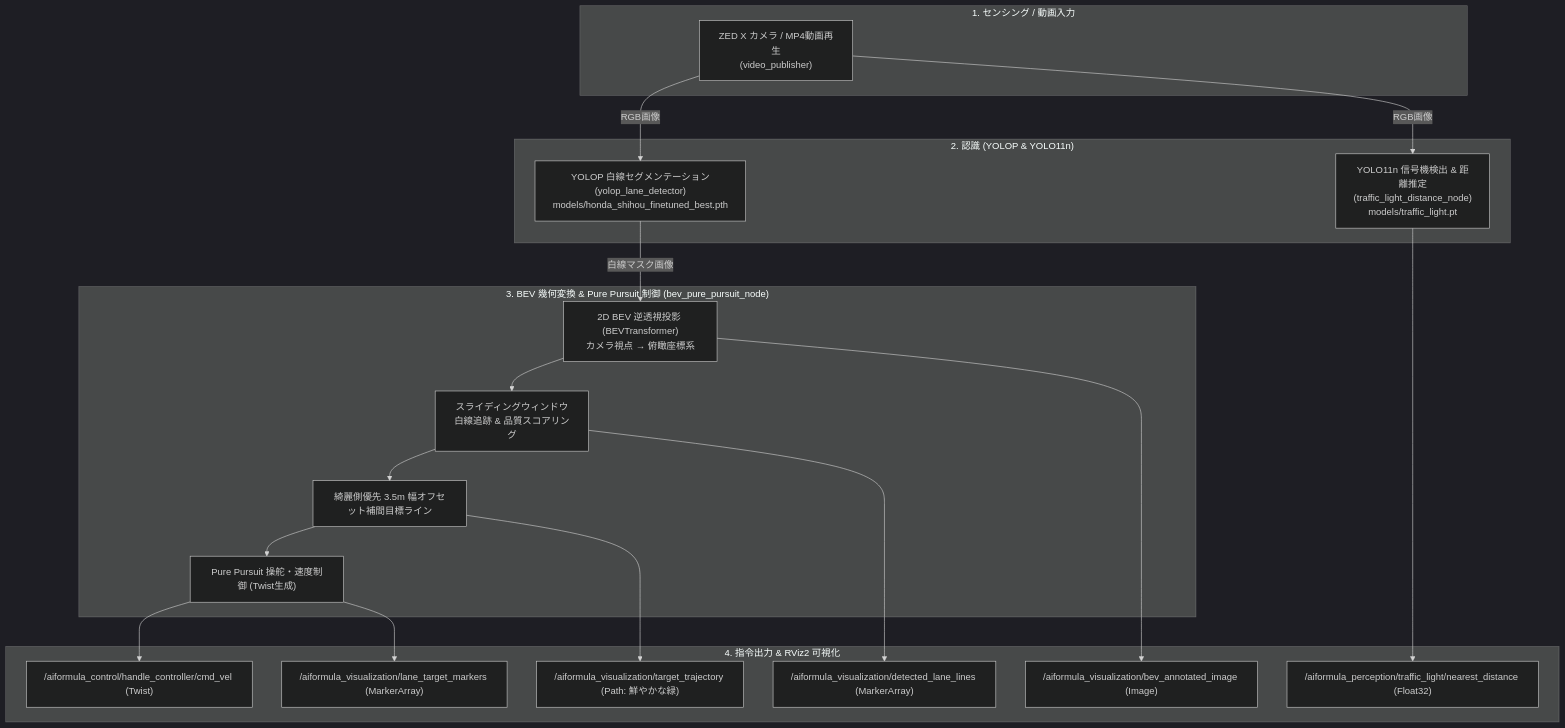
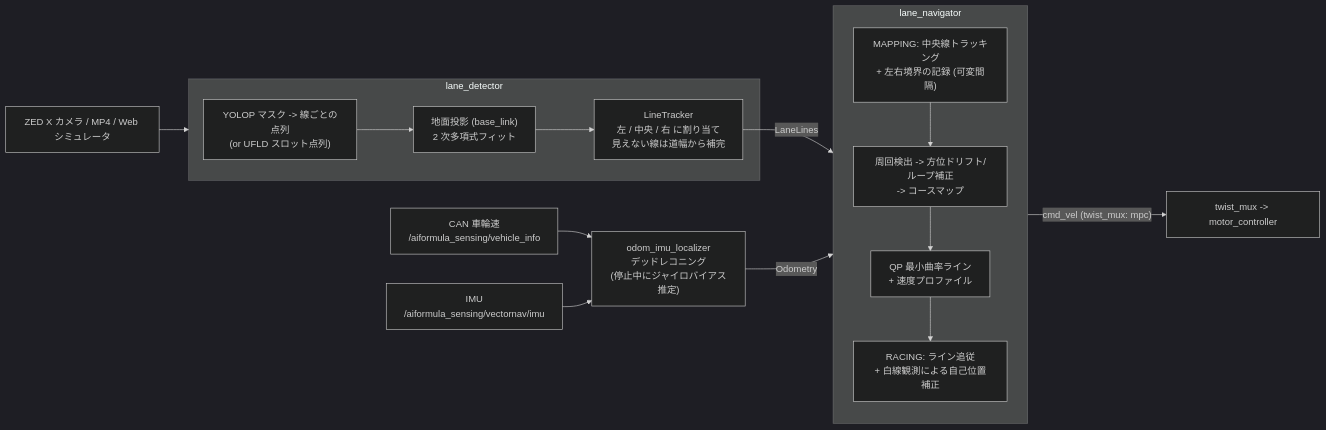
One commit to miyanswer/aiformula_machine changed the diagram in src/oit_navigation/README.md. Above: the diagram before and after it, drawn with Mermaid (dark theme). The commit also changed other lines of this file and 62 other files, not shown here.

First line of the commit message:
feat: replace BEV/pure-pursuit with lane mapping + QP raceline navigation

````diff
--- a/src/oit_navigation/README.md
+++ b/src/oit_navigation/README.md
@@ -11,40 +23,18 @@
 ```mermaid
-flowchart TD
-    subgraph Sensing ["1. センシング / 動画入力"]
-        CAM["ZED X カメラ / MP4動画再生<br>(video_publisher)"]
+flowchart LR
+    CAM["ZED X カメラ / MP4 / Web シミュレータ"] --> DET
+    CAN["CAN 車輪速<br>/aiformula_sensing/vehicle_info"] --> LOC
+    IMU["IMU<br>/aiformula_sensing/vectornav/imu"] --> LOC
+
+    subgraph DET ["lane_detector"]
+        B["YOLOP マスク -> 線ごとの点列<br>(or UFLD スロット点列)"] --> P["地面投影 (base_link)<br>2 次多項式フィット"] --> T["LineTracker<br>左 / 中央 / 右 に割り当て<br>見えない線は道幅から補完"]
     end
+    LOC["odom_imu_localizer<br>デッドレコニング<br>(停止中にジャイロバイアス推定)"]
 
-    subgraph Perception ["2. 認識 (YOLOP & YOLO11n)"]
-        YOLOP["YOLOP 白線セグメンテーション<br>(yolop_lane_detector)<br>models/honda_shihou_finetuned_best.pth"]
-        YOLO_TL["YOLO11n 信号機検出 & 距離推定<br>(traffic_light_distance_node)<br>models/traffic_light.pt"]
+    subgraph NAV ["lane_navigator"]
+        M["MAPPING: 中央線トラッキング<br>+ 左右境界の記録 (可変間隔)"] --> C["周回検出 -> 方位ドリフト/ループ補正<br>-> コースマップ"] --> Q["QP 最小曲率ライン<br>+ 速度プロファイル"] --> R["RACING: ライン追従<br>+ 白線観測による自己位置補正"]
     end
-
-    subgraph Control ["3. BEV 幾何変換 & Pure Pursuit 制御 (bev_pure_pursuit_node)"]
-        IPM["2D BEV 逆透視投影 (BEVTransformer)<br>カメラ視点 → 俯瞰座標系"]
-        WINDOW["スライディングウィンドウ白線追跡 & 品質スコアリング"]
-        OFFSET["綺麗側優先 3.5m 幅オフセット補間目標ライン"]
-        PP["Pure Pursuit 操舵・速度制御 (Twist生成)"]
-    end
-
-    subgraph Output ["4. 指令出力 & RViz2 可視化"]
-        CMD["/aiformula_control/handle_controller/cmd_vel (Twist)"]
-        TL_DIST["/aiformula_perception/traffic_light/nearest_distance (Float32)"]
-        RV_BEV["/aiformula_visualization/bev_annotated_image (Image)"]
-        RV_LANES["/aiformula_visualization/detected_lane_lines (MarkerArray)"]
-        RV_PATH["/aiformula_visualization/target_trajectory (Path: 鮮やかな緑)"]
-        RV_MARKER["/aiformula_visualization/lane_target_markers (MarkerArray)"]
-    end
-
-    CAM -->|RGB画像| YOLOP
-    CAM -->|RGB画像| YOLO_TL
-    YOLOP -->|白線マスク画像| IPM
-    IPM --> WINDOW
-    WINDOW --> OFFSET
-    OFFSET --> PP
-    PP --> CMD
-    YOLO_TL --> TL_DIST
-    WINDOW --> RV_LANES
-    OFFSET --> RV_PATH
-    PP --> RV_MARKER
-    IPM --> RV_BEV
+    T -->|LaneLines| NAV
+    LOC -->|Odometry| NAV
+    NAV -->|"cmd_vel (twist_mux: mpc)"| MUX["twist_mux -> motor_controller"]
 ```
````
